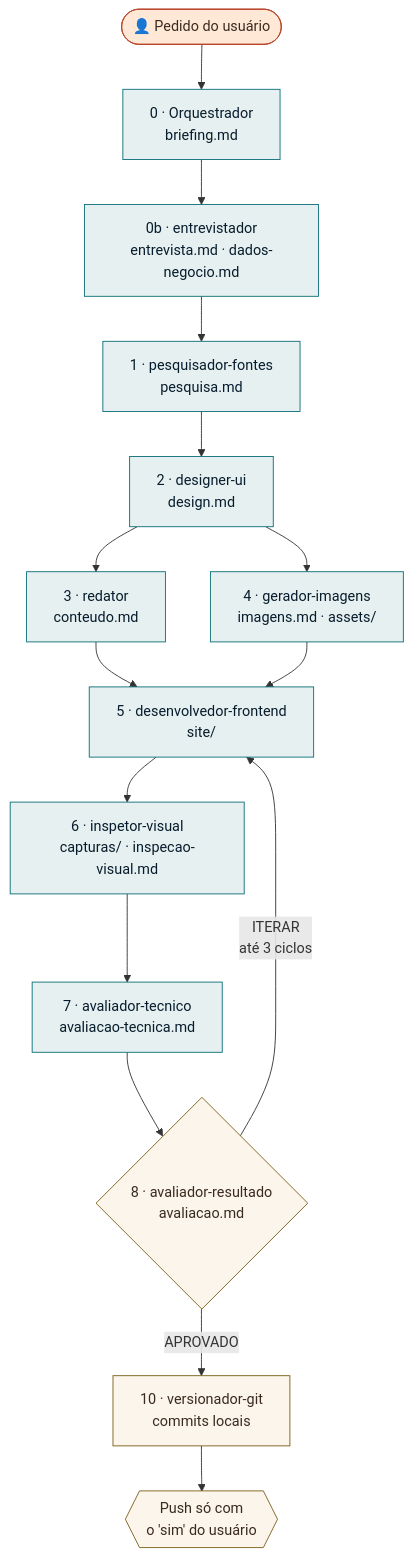
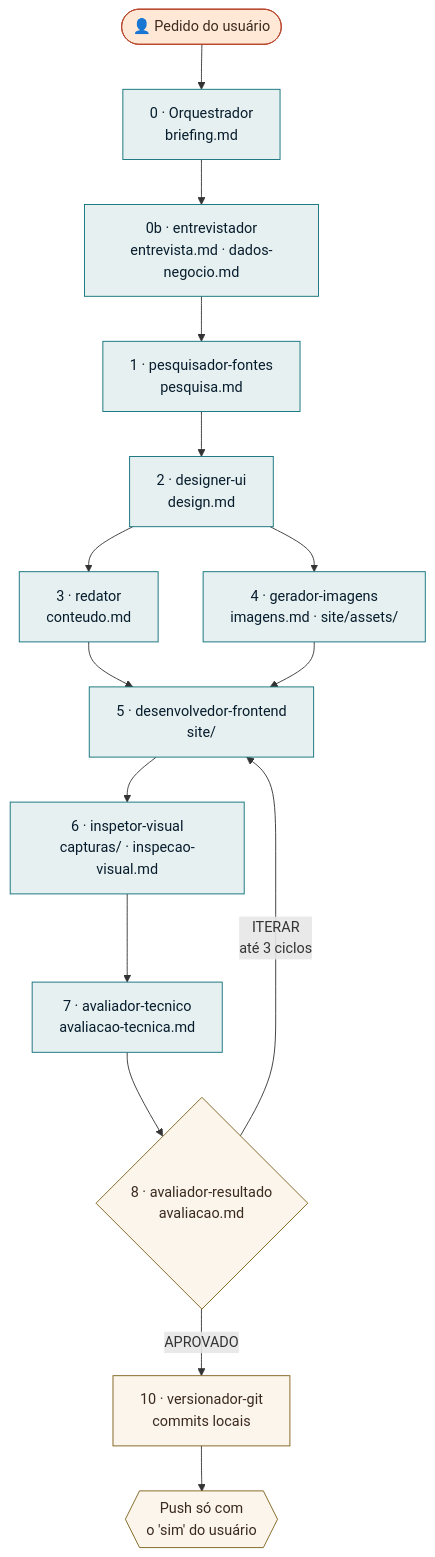
The diagram in README.md (SergioRibeiroSilva/EsquadraoPixel), drawn with Mermaid before and after one commit. The commit also changed other lines of this file and 512 other files, not shown here.

First line of the commit message:
refactor(projetos): move assets para dentro de site/

````diff
--- a/README.md
+++ b/README.md
@@ -109,24 +109,24 @@
 ```mermaid
 flowchart TD
     U([👤 Pedido do usuário]) --> B[0 · Orquestrador<br/>briefing.md]
     B --> E[0b · entrevistador<br/>entrevista.md · dados-negocio.md]
     E --> P[1 · pesquisador-fontes<br/>pesquisa.md]
     P --> D[2 · designer-ui<br/>design.md]
     D --> R[3 · redator<br/>conteudo.md]
-    D --> G[4 · gerador-imagens<br/>imagens.md · assets/]
+    D --> G[4 · gerador-imagens<br/>imagens.md · site/assets/]
     R --> F[5 · desenvolvedor-frontend<br/>site/]
     G --> F
     F --> V[6 · inspetor-visual<br/>capturas/ · inspecao-visual.md]
     V --> T[7 · avaliador-tecnico<br/>avaliacao-tecnica.md]
     T --> A{8 · avaliador-resultado<br/>avaliacao.md}
     A -- ITERAR<br/>até 3 ciclos --> F
     A -- APROVADO --> GIT[10 · versionador-git<br/>commits locais]
     GIT --> Q{{Push só com<br/>o 'sim' do usuário}}
 
     classDef user fill:#FFE8D6,stroke:#B8432A,color:#3B2A1E
     classDef agent fill:#E6F0F0,stroke:#0A6E78,color:#071C2C
     classDef gate fill:#FBF5EC,stroke:#7C5E17,color:#3B2A1E
     class U user
     class B,E,P,D,R,G,F,V,T agent
     class A,GIT,Q gate
 ```
````
